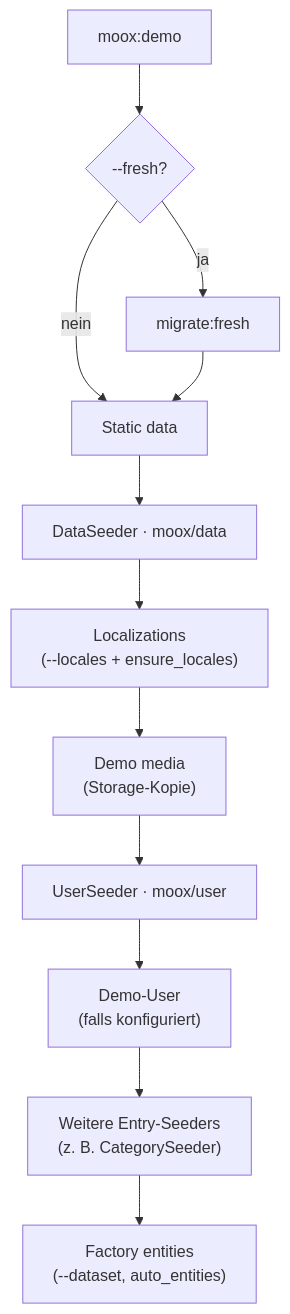
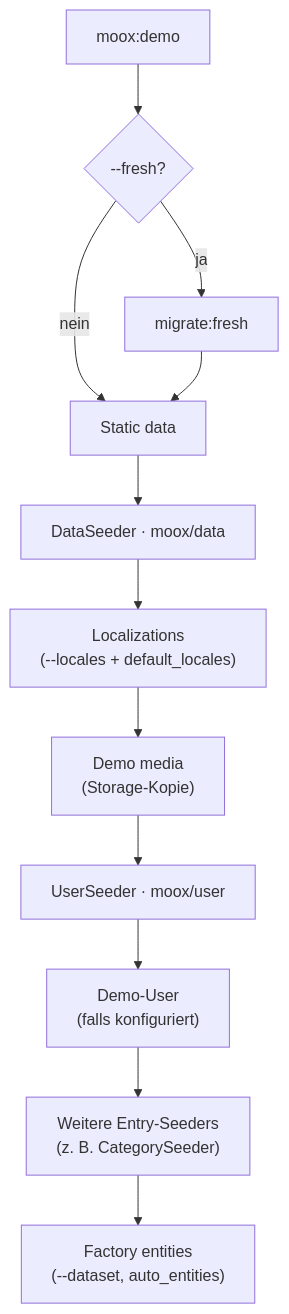
Before and after one commit to mooxphp/moox: the diagram in packages/demo/docs/SEEDERS.md, drawn with Mermaid. The commit also changed other lines of this file and 12 other files, not shown here.

````diff
--- a/packages/demo/docs/SEEDERS.md
+++ b/packages/demo/docs/SEEDERS.md
@@ -92,14 +92,14 @@
 ```mermaid
 flowchart TD
     A["moox:demo"] --> B{"--fresh?"}
     B -->|ja| C["migrate:fresh"]
     B -->|nein| D["Static data"]
     C --> D
     D --> E["DataSeeder · moox/data"]
-    E --> F["Localizations\n(--locales + ensure_locales)"]
+    E --> F["Localizations\n(--locales + default_locales)"]
     F --> G["Demo media\n(Storage-Kopie)"]
     G --> H["UserSeeder · moox/user"]
     H --> I["Demo-User\n(falls konfiguriert)"]
     I --> J["Weitere Entry-Seeders\n(z. B. CategorySeeder)"]
     J --> K["Factory entities\n(--dataset, auto_entities)"]
 ```
````
